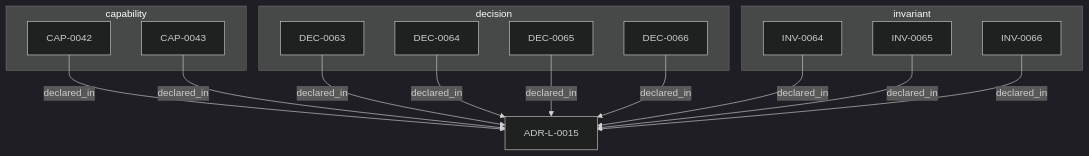
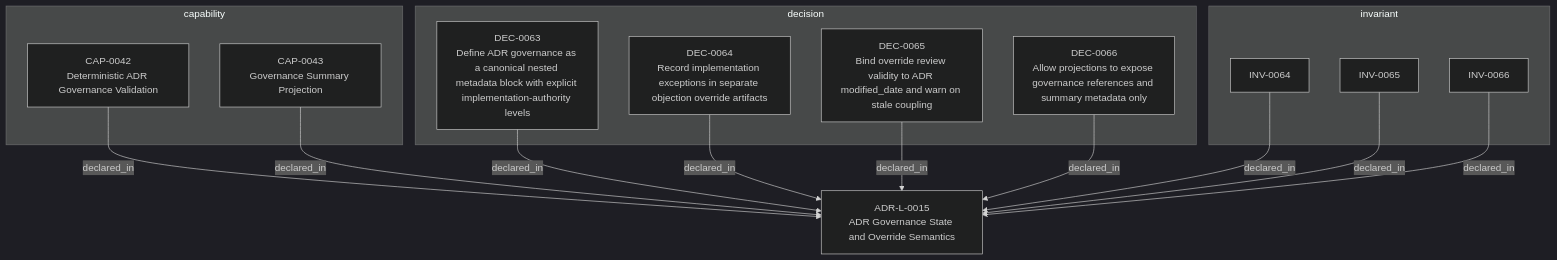
One commit to egallmann/adr-architecture-kit changed the diagram in adrs/adr-projection/logical/ADR-L-0015-adr-governance-state-and-override-semantics.md. Above: the diagram before and after it, drawn with Mermaid (dark theme). The commit also changed other lines of this file and 35 other files, not shown here.

First line of the commit message:
docs: regenerate deterministic ADR-PC projections

````diff
--- a/adrs/adr-projection/logical/ADR-L-0015-adr-governance-state-and-override-semantics.md
+++ b/adrs/adr-projection/logical/ADR-L-0015-adr-governance-state-and-override-semantics.md
@@ -66,28 +66,28 @@
 ```mermaid
 flowchart TB
-  n_019fee89_e617_7e69_861a_f3040f70c2d9["ADR-L-0015"]
+  n_019fee89_e617_7e69_861a_f3040f70c2d9["ADR-L-0015<br/>ADR Governance State and Override Semantics"]
   subgraph sg_capability["capability"]
-    n_019fee89_e616_7ee9_9b0f_2da3ee16636b["CAP-0042"]
-    n_019fee89_e616_7f80_903e_36b6d56f86fe["CAP-0043"]
+    n_019fee89_e616_7ee9_9b0f_2da3ee16636b["CAP-0042<br/>Deterministic ADR Governance Validation"]
+    n_019fee89_e616_7f80_903e_36b6d56f86fe["CAP-0043<br/>Governance Summary Projection"]
   end
   subgraph sg_decision["decision"]
-    n_019fee89_e616_7fa2_a13f_a0bab2411ff7["DEC-0063"]
-    n_019fee89_e617_77cf_a43e_5f0912b04a8a["DEC-0064"]
-    n_019fee89_e617_7dbb_b23f_872b9ffc75d8["DEC-0065"]
-    n_019fee89_e617_7aae_ac34_86b62c25289b["DEC-0066"]
+    n_019fee89_e616_7fa2_a13f_a0bab2411ff7["DEC-0063<br/>Define ADR governance as a canonical nested metadata block with explicit implementation-authority levels"]
+    n_019fee89_e617_77cf_a43e_5f0912b04a8a["DEC-0064<br/>Record implementation exceptions in separate objection override artifacts"]
+    n_019fee89_e617_7dbb_b23f_872b9ffc75d8["DEC-0065<br/>Bind override review validity to ADR modified_date and warn on stale coupling"]
+    n_019fee89_e617_7aae_ac34_86b62c25289b["DEC-0066<br/>Allow projections to expose governance references and summary metadata only"]
   end
   subgraph sg_invariant["invariant"]
     n_019fee89_e617_7ec8_b235_dda998054d7c["INV-0064"]
     n_019fee89_e617_7f99_930b_dee9dcfa8a1f["INV-0065"]
     n_019fee89_e617_7761_9a2a_5f1cd94d2de5["INV-0066"]
   end
   n_019fee89_e616_7ee9_9b0f_2da3ee16636b -->|"declared_in"| n_019fee89_e617_7e69_861a_f3040f70c2d9
   n_019fee89_e616_7f80_903e_36b6d56f86fe -->|"declared_in"| n_019fee89_e617_7e69_861a_f3040f70c2d9
   n_019fee89_e616_7fa2_a13f_a0bab2411ff7 -->|"declared_in"| n_019fee89_e617_7e69_861a_f3040f70c2d9
   n_019fee89_e617_7761_9a2a_5f1cd94d2de5 -->|"declared_in"| n_019fee89_e617_7e69_861a_f3040f70c2d9
   n_019fee89_e617_77cf_a43e_5f0912b04a8a -->|"declared_in"| n_019fee89_e617_7e69_861a_f3040f70c2d9
   n_019fee89_e617_7aae_ac34_86b62c25289b -->|"declared_in"| n_019fee89_e617_7e69_861a_f3040f70c2d9
   n_019fee89_e617_7dbb_b23f_872b9ffc75d8 -->|"declared_in"| n_019fee89_e617_7e69_861a_f3040f70c2d9
   n_019fee89_e617_7ec8_b235_dda998054d7c -->|"declared_in"| n_019fee89_e617_7e69_861a_f3040f70c2d9
   n_019fee89_e617_7f99_930b_dee9dcfa8a1f -->|"declared_in"| n_019fee89_e617_7e69_861a_f3040f70c2d9
 ```
````
